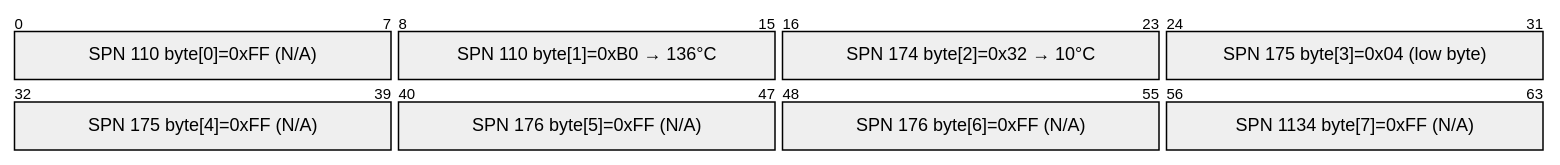
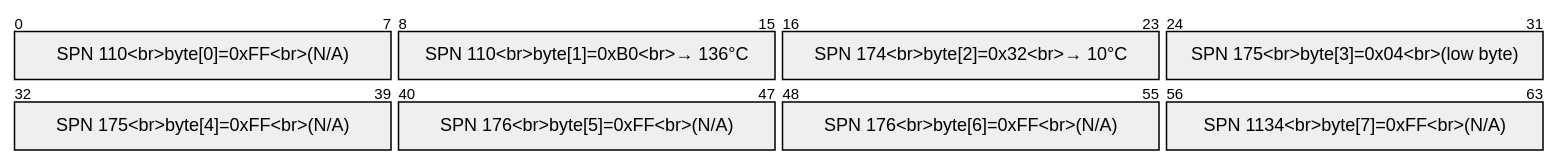
One commit to hobeen-kim/hobeen-kim.github.io changed the third of 3 diagrams in docs/_study/isobus/09-j1939-message.md. Above: the diagram before and after it, drawn with Mermaid (neutral theme). The commit also changed other lines of this file and 15 other files, not shown here.

First line of the commit message:
fix: mermaid 다이어그램 \n → <br> 일괄 변환 (16개 파일, 331건)

````diff
--- a/docs/_study/isobus/09-j1939-message.md
+++ b/docs/_study/isobus/09-j1939-message.md
@@ -277,11 +277,11 @@
 ```mermaid
 packet-beta
-  0-7: "SPN 110\nbyte[0]=0xFF\n(N/A)"
-  8-15: "SPN 110\nbyte[1]=0xB0\n→ 136°C"
-  16-23: "SPN 174\nbyte[2]=0x32\n→ 10°C"
-  24-31: "SPN 175\nbyte[3]=0x04\n(low byte)"
-  32-39: "SPN 175\nbyte[4]=0xFF\n(N/A)"
-  40-47: "SPN 176\nbyte[5]=0xFF\n(N/A)"
-  48-55: "SPN 176\nbyte[6]=0xFF\n(N/A)"
-  56-63: "SPN 1134\nbyte[7]=0xFF\n(N/A)"
+  0-7: "SPN 110<br>byte[0]=0xFF<br>(N/A)"
+  8-15: "SPN 110<br>byte[1]=0xB0<br>→ 136°C"
+  16-23: "SPN 174<br>byte[2]=0x32<br>→ 10°C"
+  24-31: "SPN 175<br>byte[3]=0x04<br>(low byte)"
+  32-39: "SPN 175<br>byte[4]=0xFF<br>(N/A)"
+  40-47: "SPN 176<br>byte[5]=0xFF<br>(N/A)"
+  48-55: "SPN 176<br>byte[6]=0xFF<br>(N/A)"
+  56-63: "SPN 1134<br>byte[7]=0xFF<br>(N/A)"
 ```
````
